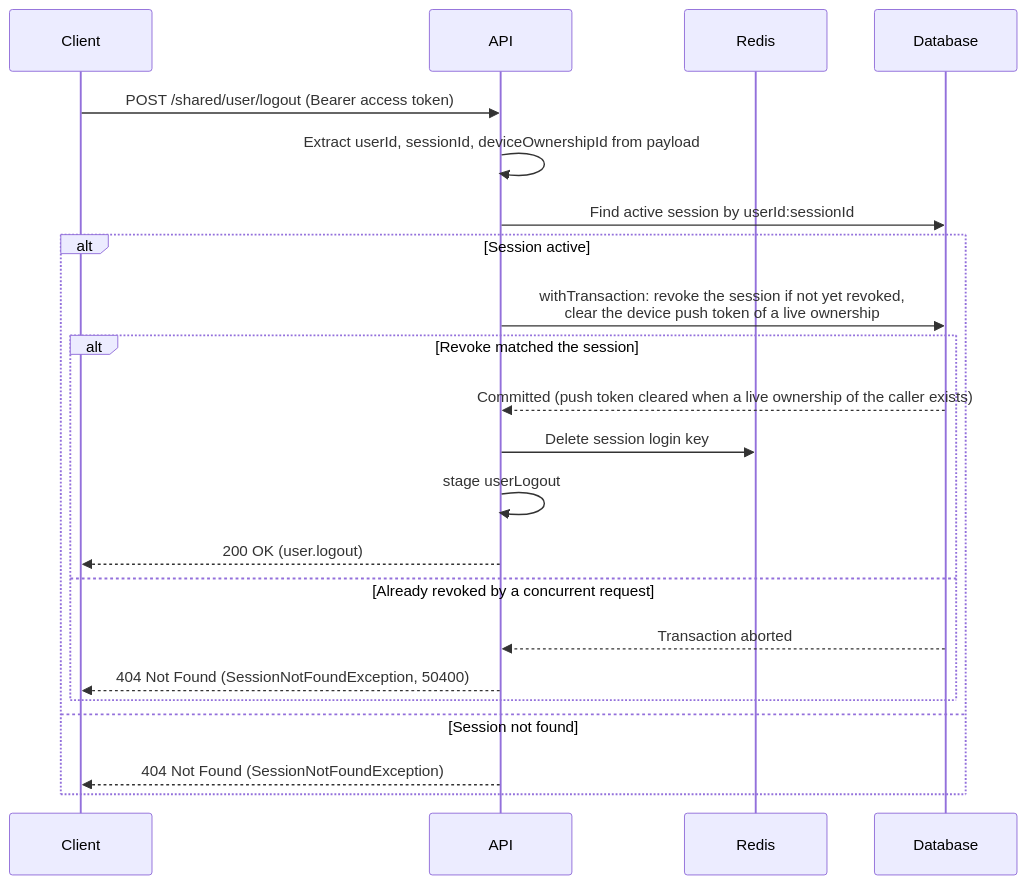
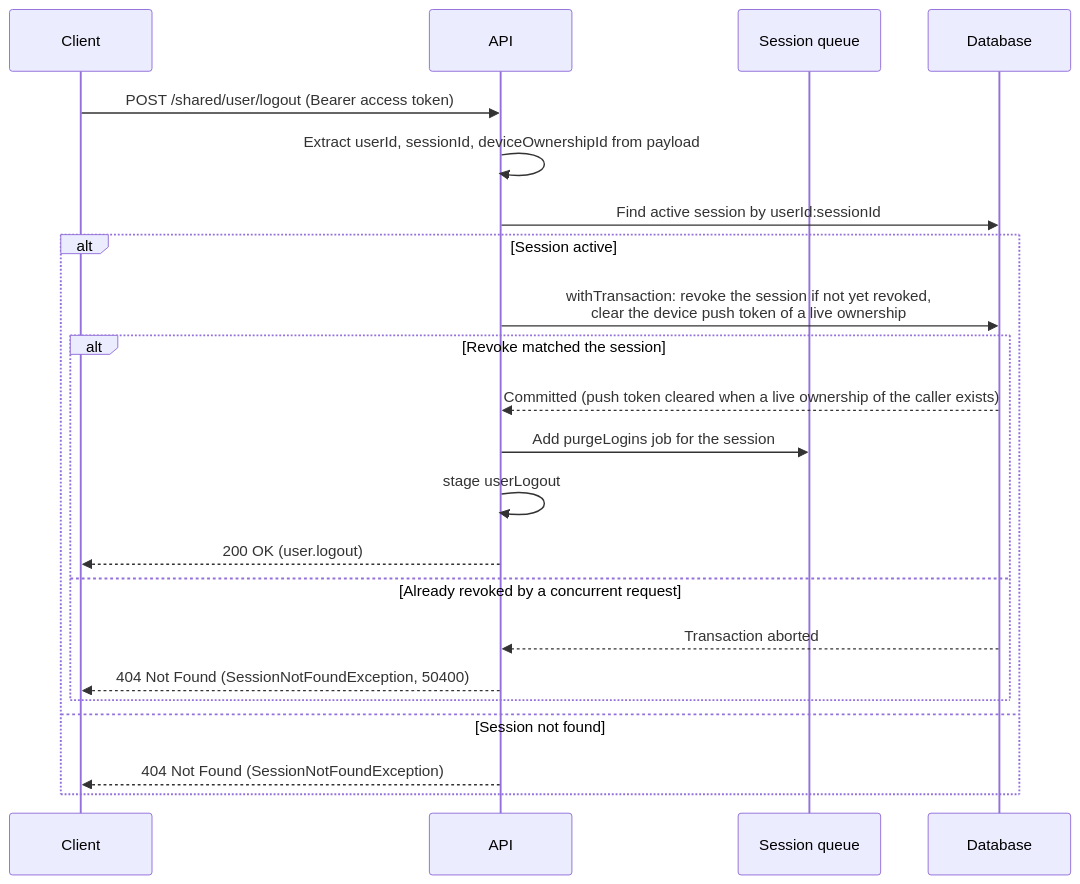
Before and after one commit to andrechristikan/ack-nestjs-boilerplate: the fifth of 10 diagrams in docs/authentication.md, drawn with Mermaid. The commit also changed other lines of this file and 340 other files, not shown here.

````diff
--- a/docs/authentication.md
+++ b/docs/authentication.md
@@ -496,25 +496,25 @@
 ```mermaid
 sequenceDiagram
     participant Client
     participant API
-    participant Redis
+    participant Queue as Session queue
     participant Database
 
     Client->>API: POST /shared/user/logout (Bearer access token)
     API->>API: Extract userId, sessionId, deviceOwnershipId from payload
     API->>Database: Find active session by userId:sessionId
     alt Session active
         API->>Database: withTransaction: revoke the session if not yet revoked,<br/>clear the device push token of a live ownership
         alt Revoke matched the session
             Database-->>API: Committed (push token cleared when a live ownership of the caller exists)
-            API->>Redis: Delete session login key
+            API->>Queue: Add purgeLogins job for the session
             API->>API: stage userLogout
             API-->>Client: 200 OK (user.logout)
         else Already revoked by a concurrent request
             Database-->>API: Transaction aborted
             API-->>Client: 404 Not Found (SessionNotFoundException, 50400)
         end
     else Session not found
         API-->>Client: 404 Not Found (SessionNotFoundException)
     end
 ```
````
